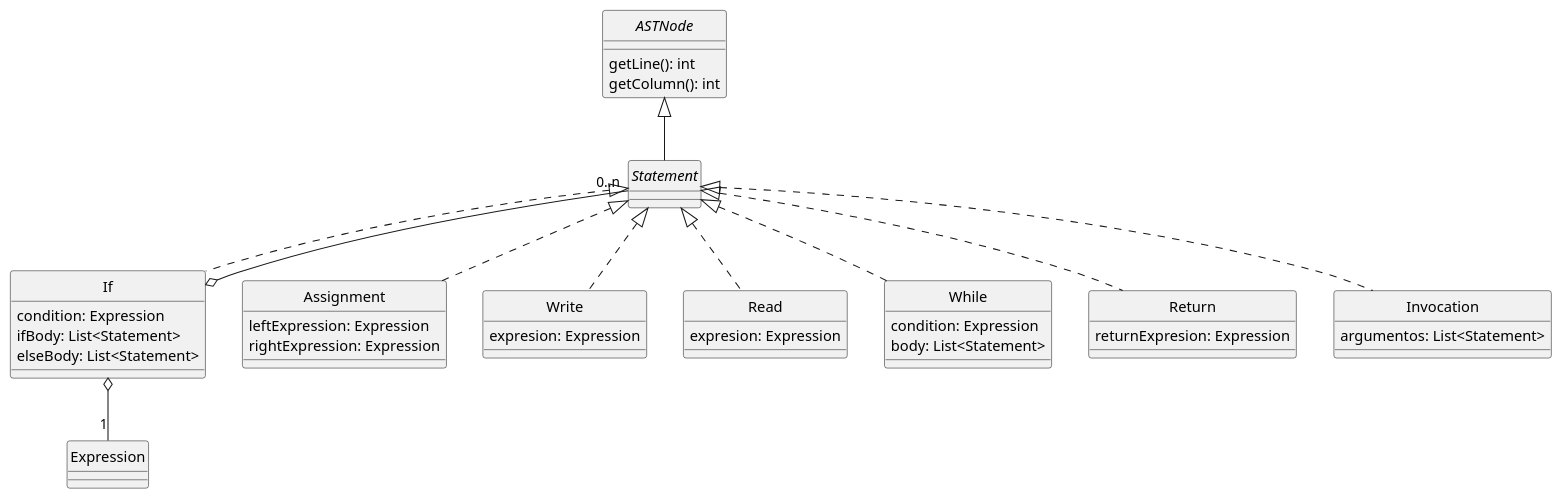
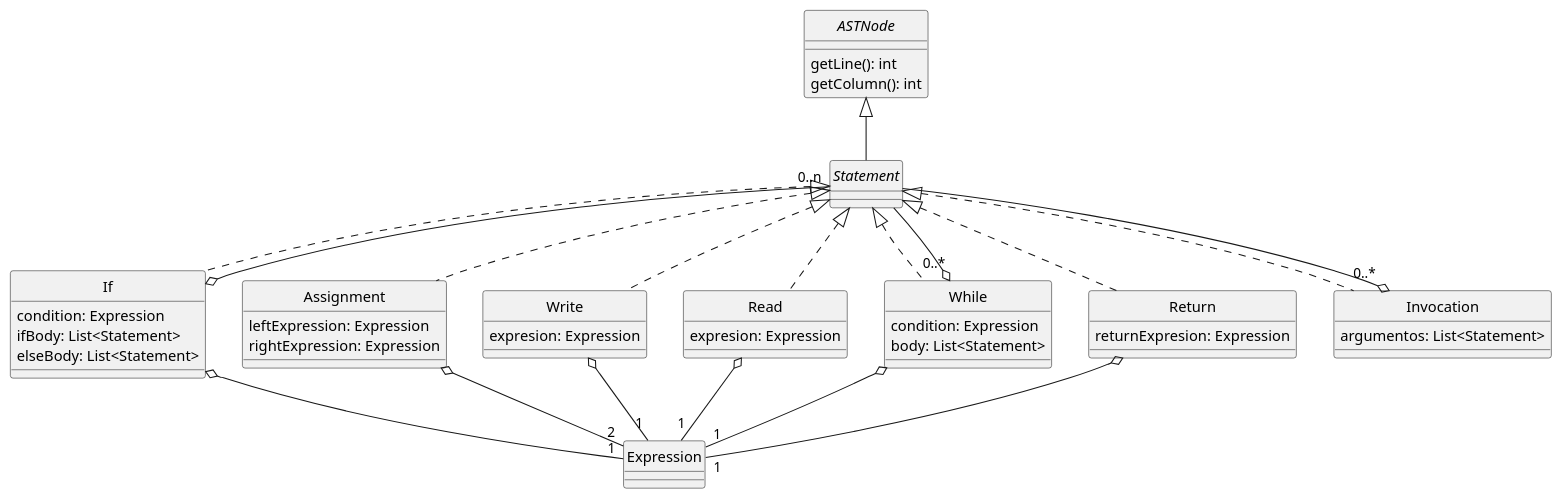
Before and after one commit to JonathanAriass/dlp-examen: the diagram in docs/diagrams/statements.plantuml, drawn with PlantUML. The commit also changed 14 other files, not shown here.

Commit message:
change expression and program UML; start classes implementation

```diff
--- a/docs/diagrams/statements.plantuml
+++ b/docs/diagrams/statements.plantuml
@@ -1,58 +1,64 @@
 @startuml Statements
 skinparam style strictuml
 skinparam monochrome true
 
 
 interface ASTNode {
     getLine(): int
     getColumn(): int
 }
 
 interface Statement
 
 class If {
     condition: Expression
     ifBody: List<Statement>
     elseBody: List<Statement>
 }
 
 class Assignment {
     leftExpression: Expression
     rightExpression: Expression
     ' Deben de poder ser evaluables
 }
 
 class Write {
     expresion: Expression
 }
 
 class Read {
     expresion: Expression
 }
 
 class While {
     condition: Expression
     body: List<Statement>
 }
 
 class Return {
     returnExpresion: Expression
 }
 
 class Invocation {
     argumentos: List<Statement>
 }
 
 ASTNode <|-- Statement
 Statement <|.. If
 Statement <|.. Assignment
 Statement <|.. Write
 Statement <|.. Read
 Statement <|.. While
 Statement <|.. Return
 Statement <|.. Invocation
 If o-- "1" Expression
+Write o-- "1" Expression
+Read o-- "1" Expression
+While o-- "1" Expression
+While "0..*" o-- Statement
+Return o-- "1" Expression
+Assignment o-- "2" Expression
 If o-- "0..n" Statement
-
+Invocation "0..*" o-- Statement
 
 @enduml
```
